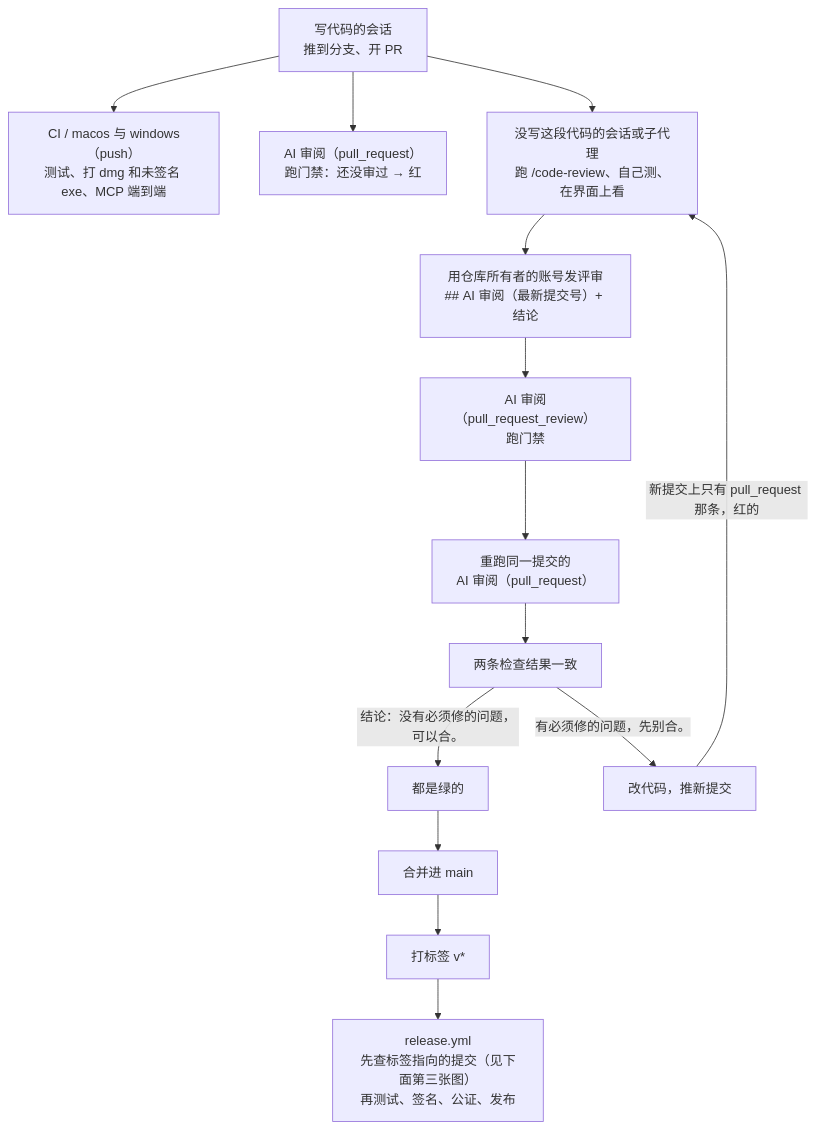
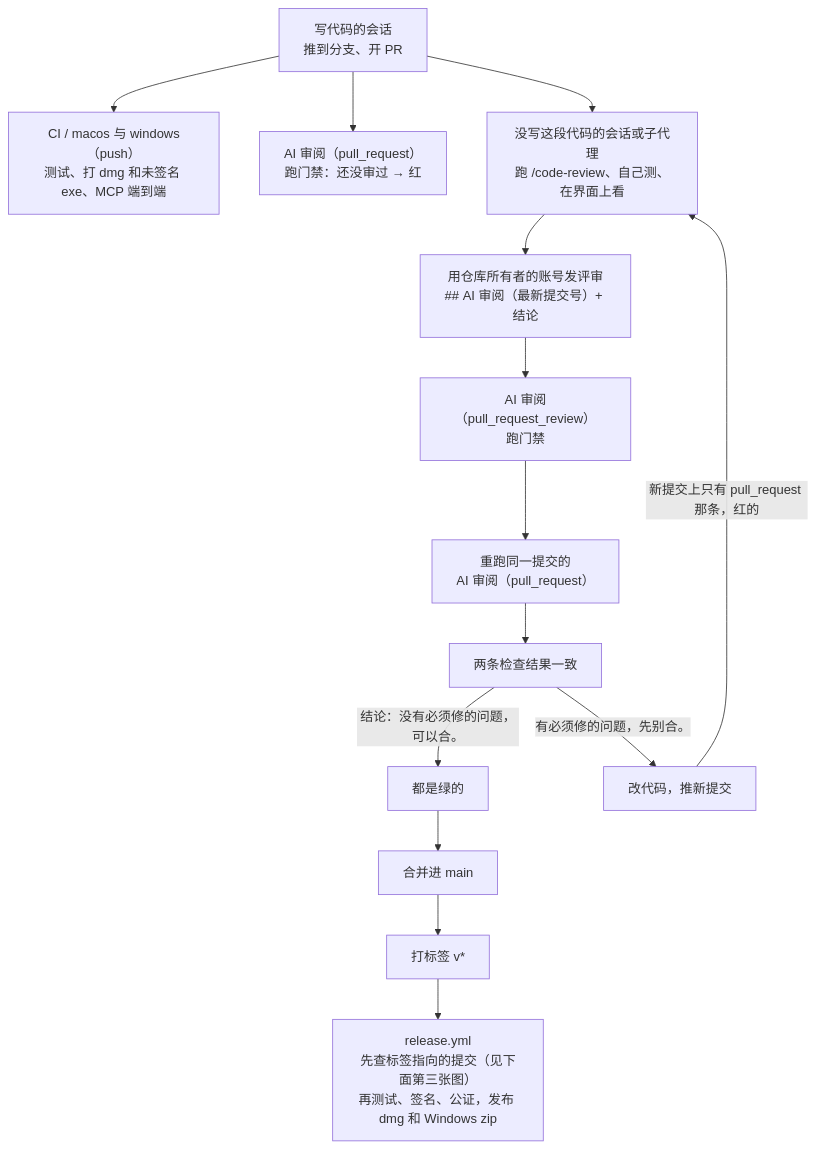
Before and after one commit to chunbin1/health-trail: the first of 3 diagrams in docs/ai-review-flow.md, drawn with Mermaid. The commit also changed other lines of this file and 4 other files, not shown here.

Commit message:
打标签发布时把未签名的 Windows 压缩包挂到 Release 上。

````diff
--- a/docs/ai-review-flow.md
+++ b/docs/ai-review-flow.md
@@ -7,16 +7,16 @@
 ```mermaid
 flowchart TD
     A["写代码的会话<br/>推到分支、开 PR"] --> CI["CI / macos 与 windows（push）<br/>测试、打 dmg 和未签名 exe、MCP 端到端"]
     A --> G1["AI 审阅（pull_request）<br/>跑门禁：还没审过 → 红"]
     A --> R["没写这段代码的会话或子代理<br/>跑 /code-review、自己测、在界面上看"]
     R --> P["用仓库所有者的账号发评审<br/>## AI 审阅（最新提交号）+ 结论"]
     P --> G2["AI 审阅（pull_request_review）<br/>跑门禁"]
     G2 --> RR["重跑同一提交的<br/>AI 审阅（pull_request）"]
     RR --> SAME["两条检查结果一致"]
     SAME -->|"结论：没有必须修的问题，可以合。"| OK["都是绿的"]
     SAME -->|"有必须修的问题，先别合。"| FIX["改代码，推新提交"]
     FIX -->|"新提交上只有 pull_request 那条，红的"| R
     OK --> M["合并进 main"]
     M --> T["打标签 v*"]
-    T --> REL["release.yml<br/>先查标签指向的提交（见下面第三张图）<br/>再测试、签名、公证、发布"]
+    T --> REL["release.yml<br/>先查标签指向的提交（见下面第三张图）<br/>再测试、签名、公证，发布 dmg 和 Windows zip"]
 ```
````
